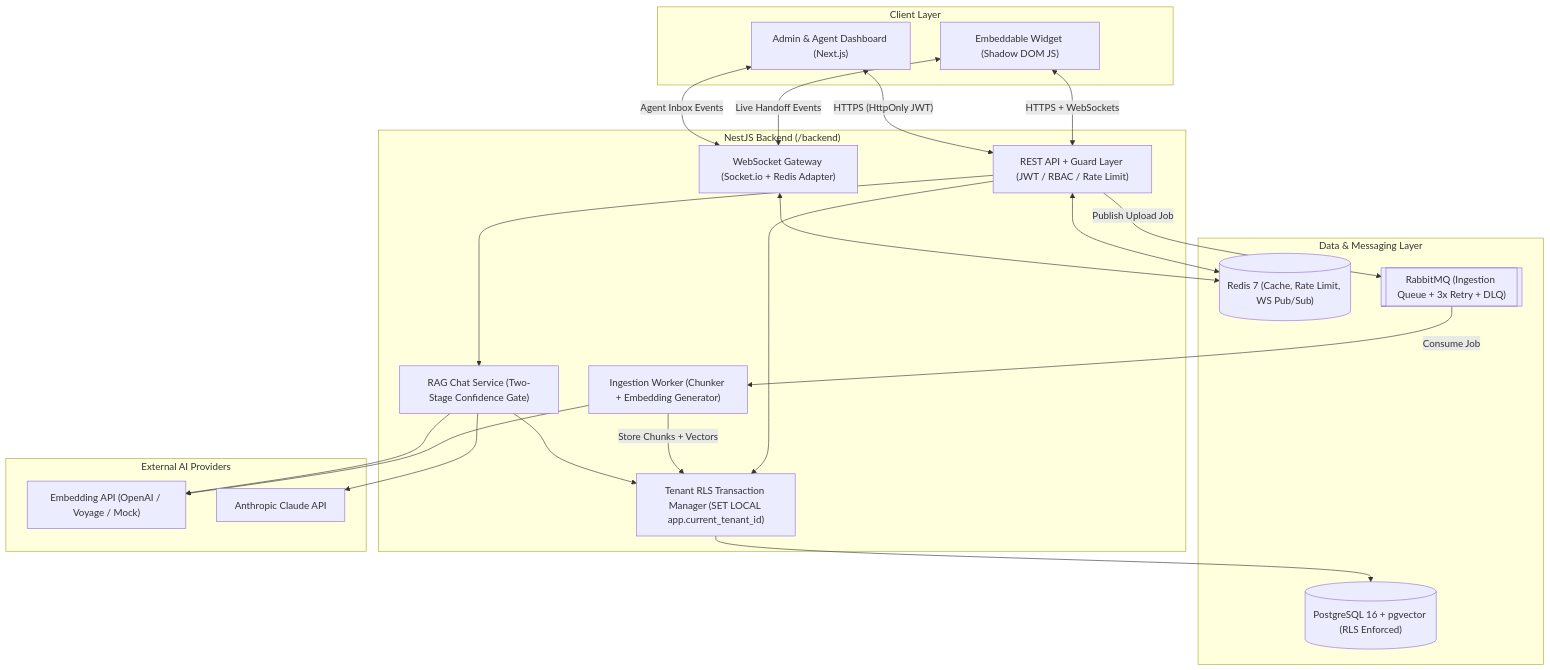
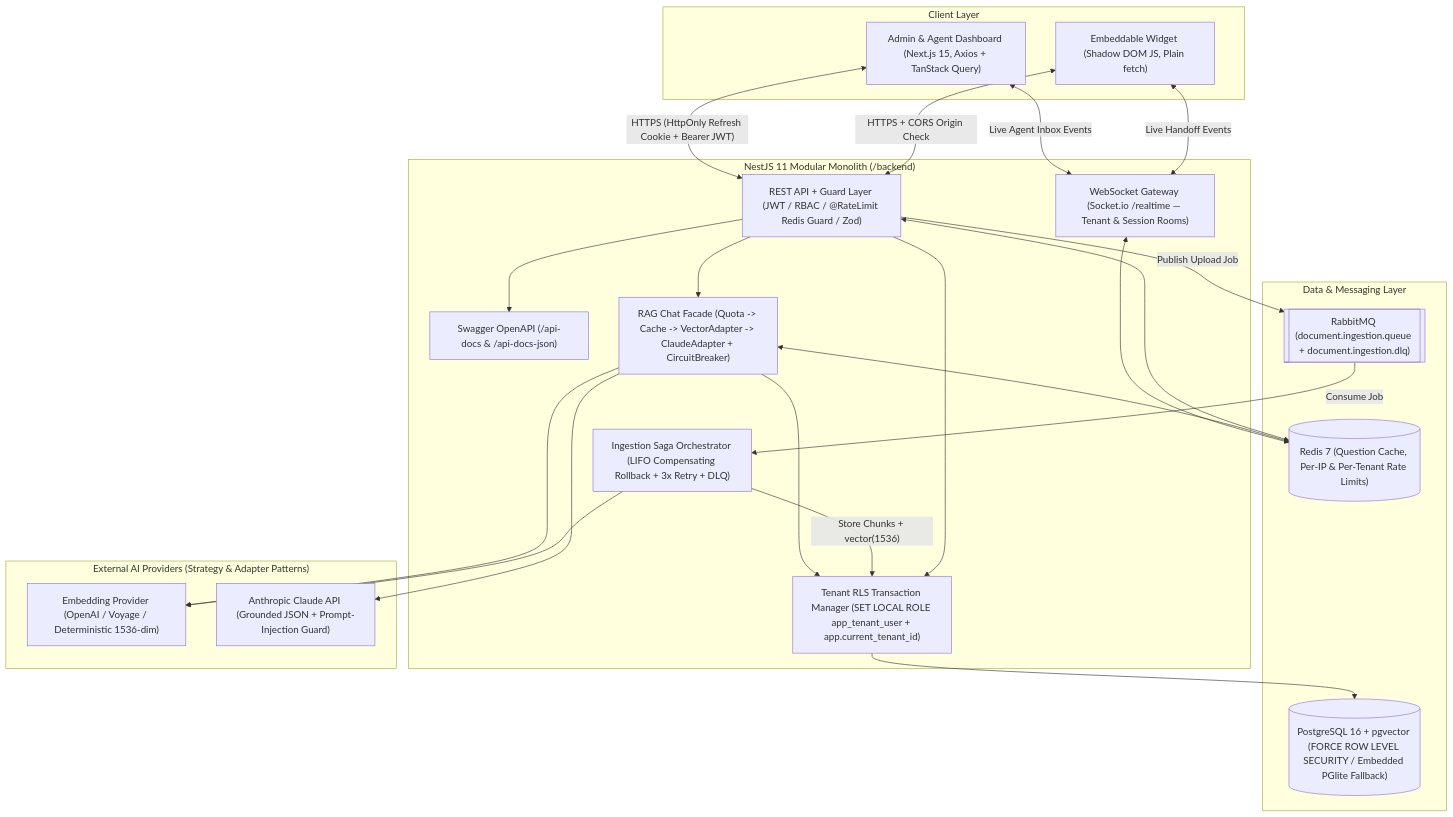
One commit to MirEashanZaman/ai-support-platform changed the first of 2 diagrams in docs/ARCHITECTURE.md. Above: the diagram before and after it, drawn with Mermaid. The commit also changed other lines of this file, not shown here.

Commit message:
docs(architecture): update system diagrams with Swagger, @RateLimit guard, and LIFO SagaOrchestrator

````diff
--- a/docs/ARCHITECTURE.md
+++ b/docs/ARCHITECTURE.md
@@ -5,44 +5,47 @@
 ```mermaid
 flowchart TB
     subgraph Client_Layer["Client Layer"]
-        Widget["Embeddable Widget (Shadow DOM JS)"]
-        Dashboard["Admin & Agent Dashboard (Next.js)"]
+        Widget["Embeddable Widget (Shadow DOM JS, Plain fetch)"]
+        Dashboard["Admin & Agent Dashboard (Next.js 15, Axios + TanStack Query)"]
     end
 
-    subgraph API_Layer["NestJS Backend (/backend)"]
-        Gateway["REST API + Guard Layer (JWT / RBAC / Rate Limit)"]
-        WS["WebSocket Gateway (Socket.io + Redis Adapter)"]
-        RLS["Tenant RLS Transaction Manager (SET LOCAL app.current_tenant_id)"]
-        ChatSvc["RAG Chat Service (Two-Stage Confidence Gate)"]
-        Worker["Ingestion Worker (Chunker + Embedding Generator)"]
+    subgraph API_Layer["NestJS 11 Modular Monolith (/backend)"]
+        Gateway["REST API + Guard Layer (JWT / RBAC / @RateLimit Redis Guard / Zod)"]
+        Swagger["Swagger OpenAPI (/api-docs & /api-docs-json)"]
+        WS["WebSocket Gateway (Socket.io /realtime — Tenant & Session Rooms)"]
+        RLS["Tenant RLS Transaction Manager (SET LOCAL ROLE app_tenant_user + app.current_tenant_id)"]
+        ChatSvc["RAG Chat Facade (Quota -> Cache -> VectorAdapter -> ClaudeAdapter + CircuitBreaker)"]
+        Saga["Ingestion Saga Orchestrator (LIFO Compensating Rollback + 3x Retry + DLQ)"]
     end
 
     subgraph Data_Messaging["Data & Messaging Layer"]
-        PG[("PostgreSQL 16 + pgvector (RLS Enforced)")]
-        Redis[("Redis 7 (Cache, Rate Limit, WS Pub/Sub)")]
-        RMQ[["RabbitMQ (Ingestion Queue + 3x Retry + DLQ)"]]
+        PG[("PostgreSQL 16 + pgvector (FORCE ROW LEVEL SECURITY / Embedded PGlite Fallback)")]
+        Redis[("Redis 7 (Question Cache, Per-IP & Per-Tenant Rate Limits)")]
+        RMQ[["RabbitMQ (document.ingestion.queue + document.ingestion.dlq)"]]
     end
 
-    subgraph External_AI["External AI Providers"]
-        EmbedAPI["Embedding API (OpenAI / Voyage / Mock)"]
-        ClaudeAPI["Anthropic Claude API"]
+    subgraph External_AI["External AI Providers (Strategy & Adapter Patterns)"]
+        EmbedAPI["Embedding Provider (OpenAI / Voyage / Deterministic 1536-dim)"]
+        ClaudeAPI["Anthropic Claude API (Grounded JSON + Prompt-Injection Guard)"]
     end
 
-    Widget <-->|"HTTPS + WebSockets"| Gateway
+    Widget <-->|"HTTPS + CORS Origin Check"| Gateway
     Widget <-->|"Live Handoff Events"| WS
-    Dashboard <-->|"HTTPS (HttpOnly JWT)"| Gateway
-    Dashboard <-->|"Agent Inbox Events"| WS
+    Dashboard <-->|"HTTPS (HttpOnly Refresh Cookie + Bearer JWT)"| Gateway
+    Dashboard <-->|"Live Agent Inbox Events"| WS
 
     Gateway --> RLS
+    Gateway --> Swagger
     RLS --> PG
     Gateway <--> Redis
     Gateway -->|"Publish Upload Job"| RMQ
-    RMQ -->|"Consume Job"| Worker
-    Worker --> EmbedAPI
-    Worker -->|"Store Chunks + Vectors"| RLS
+    RMQ -->|"Consume Job"| Saga
+    Saga --> EmbedAPI
+    Saga -->|"Store Chunks + vector(1536)"| RLS
     Gateway --> ChatSvc
+    ChatSvc <--> Redis
     ChatSvc --> EmbedAPI
     ChatSvc --> RLS
     ChatSvc --> ClaudeAPI
     WS <--> Redis
 ```
````
